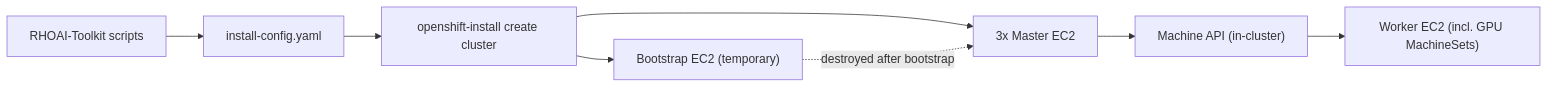
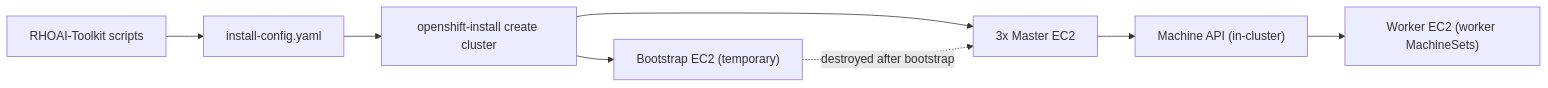
One commit to dichn/ai-infra-aprendo changed the diagram in .cursor/skills/aws-openshift-install/SKILL.md. Above: the diagram before and after it, drawn with Mermaid. The commit also changed other lines of this file and 2 other files, not shown here.

First line of the commit message:
Split GPU MachineSet guidance into aws-openshift-gpu-machineset skill

````diff
--- a/.cursor/skills/aws-openshift-install/SKILL.md
+++ b/.cursor/skills/aws-openshift-install/SKILL.md
@@ -29,10 +30,10 @@
 ```mermaid
 flowchart LR
     Toolkit["RHOAI-Toolkit scripts"] --> InstallConfig["install-config.yaml"]
     InstallConfig --> Installer["openshift-install create cluster"]
     Installer --> Bootstrap["Bootstrap EC2 (temporary)"]
     Installer --> Masters["3x Master EC2"]
     Masters --> MachineAPI["Machine API (in-cluster)"]
-    MachineAPI --> Workers["Worker EC2 (incl. GPU MachineSets)"]
+    MachineAPI --> Workers["Worker EC2 (worker MachineSets)"]
     Bootstrap -.destroyed after bootstrap.-> Masters
 ```
````
